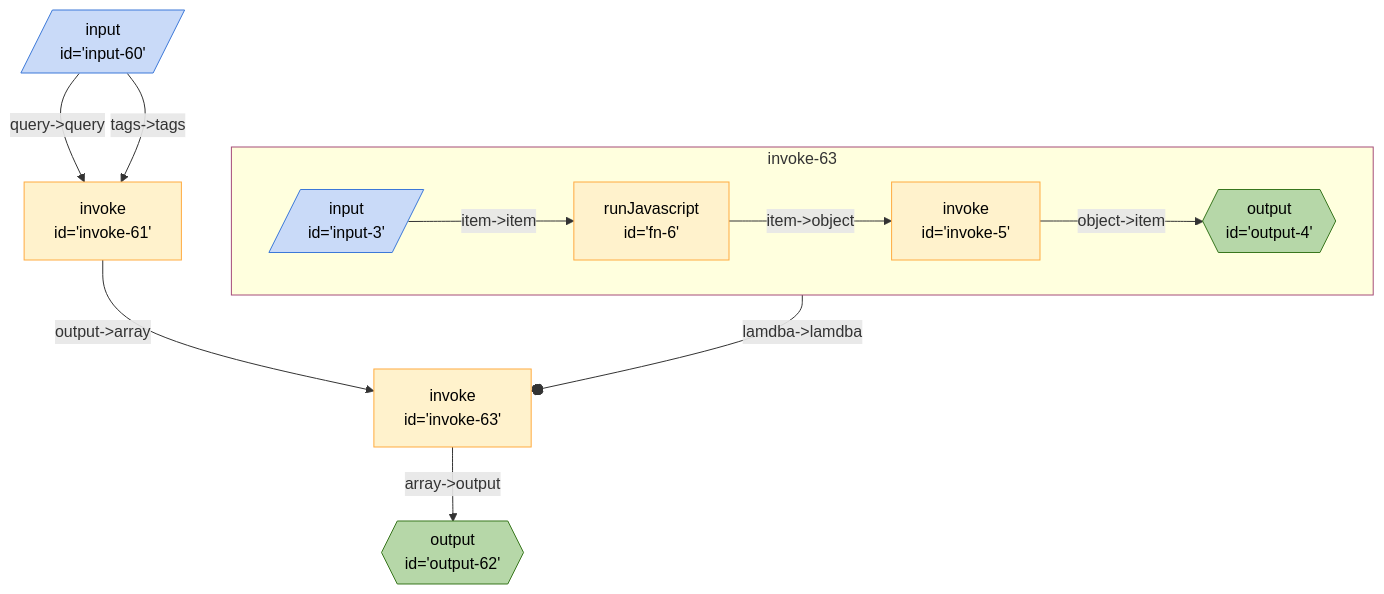
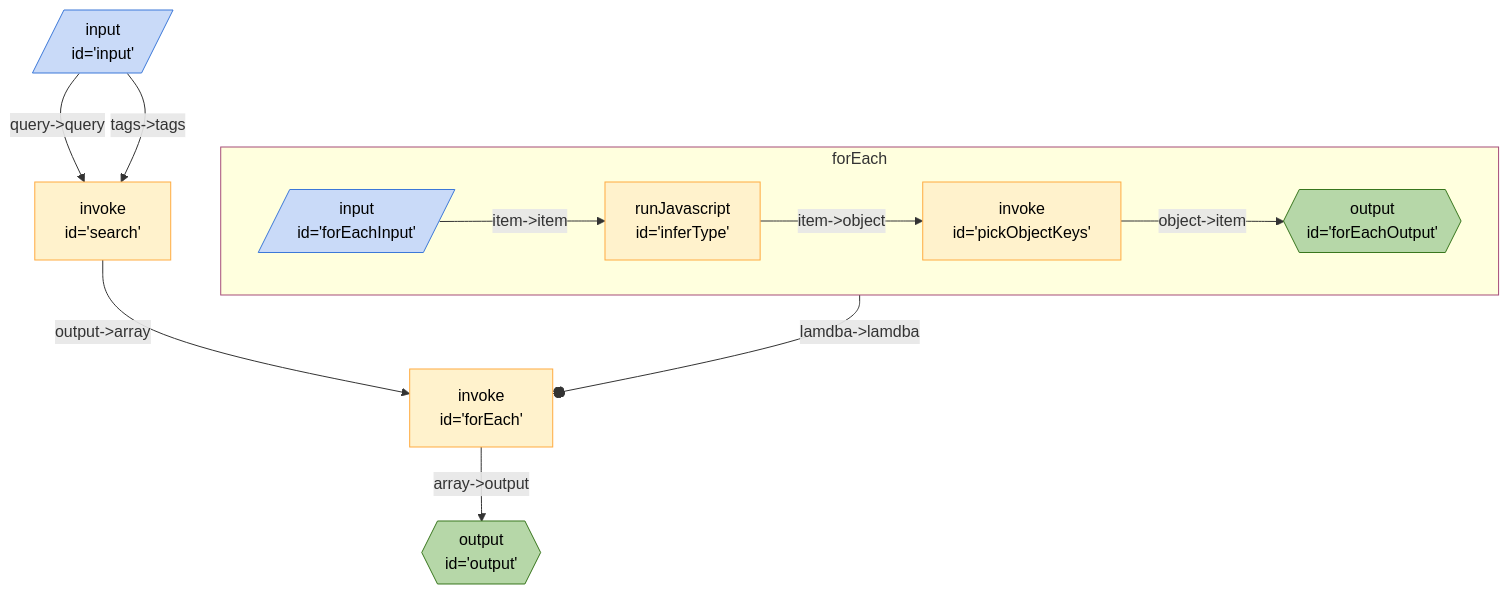
One commit to ExaDev/exadev.github.io changed the diagram in content/projects/Breadboard/Phase 2/Simple Hacker News Search.md. Above: the diagram before and after it, drawn with Mermaid. The commit also changed other lines of this file, not shown here.

First line of the commit message:
feat: Add simplified Hacker News search board

````diff
--- a/content/projects/Breadboard/Phase 2/Simple Hacker News Search.md
+++ b/content/projects/Breadboard/Phase 2/Simple Hacker News Search.md
@@ -86,23 +96,23 @@
 ```mermaid
 %%{init: 'themeVariables': { 'fontFamily': 'Fira Code, monospace' }}%%
 graph TD;
-invoke63["invoke <br> id='invoke-63'"] -- "array->output" --> output62{{"output <br> id='output-62'"}}:::output
-subgraph sg_invoke63 [invoke-63]
-invoke63_invoke5["invoke <br> id='invoke-5'"] -- "object->item" --> invoke63_output4{{"output <br> id='output-4'"}}:::output
-invoke63_fn6["runJavascript <br> id='fn-6'"] -- "item->object" --> invoke63_invoke5["invoke <br> id='invoke-5'"]
-invoke63_input3[/"input <br> id='input-3'"/]:::input -- "item->item" --> invoke63_fn6["runJavascript <br> id='fn-6'"]
+invoke63["invoke <br> id='forEach'"] -- "array->output" --> output62{{"output <br> id='output'"}}:::output
+subgraph sg_invoke63 [forEach]
+invoke63_invoke5["invoke <br> id='pickObjectKeys'"] -- "object->item" --> invoke63_output4{{"output <br> id='forEachOutput'"}}:::output
+invoke63_fn6["runJavascript <br> id='inferType'"] -- "item->object" --> invoke63_invoke5["invoke <br> id='pickObjectKeys'"]
+invoke63_input3[/"input <br> id='forEachInput'"/]:::input -- "item->item" --> invoke63_fn6["runJavascript <br> id='inferType'"]
 end
 sg_invoke63:::slotted -- "lamdba->lamdba" --o invoke63
 
-invoke61["invoke <br> id='invoke-61'"] -- "output->array" --> invoke63["invoke <br> id='invoke-63'"]
-input60[/"input <br> id='input-60'"/]:::input -- "query->query" --> invoke61["invoke <br> id='invoke-61'"]
-input60[/"input <br> id='input-60'"/]:::input -- "tags->tags" --> invoke61["invoke <br> id='invoke-61'"]
+invoke61["invoke <br> id='search'"] -- "output->array" --> invoke63["invoke <br> id='forEach'"]
+input60[/"input <br> id='input'"/]:::input -- "query->query" --> invoke61["invoke <br> id='search'"]
+input60[/"input <br> id='input'"/]:::input -- "tags->tags" --> invoke61["invoke <br> id='search'"]
 classDef default stroke:#ffab40,fill:#fff2ccff,color:#000
 classDef input stroke:#3c78d8,fill:#c9daf8ff,color:#000
 classDef output stroke:#38761d,fill:#b6d7a8ff,color:#000
 classDef passthrough stroke:#a64d79,fill:#ead1dcff,color:#000
 classDef slot stroke:#a64d79,fill:#ead1dcff,color:#000
 classDef config stroke:#a64d79,fill:#ead1dcff,color:#000
 classDef secrets stroke:#db4437,fill:#f4cccc,color:#000
 classDef slotted stroke:#a64d79
 ```
````
